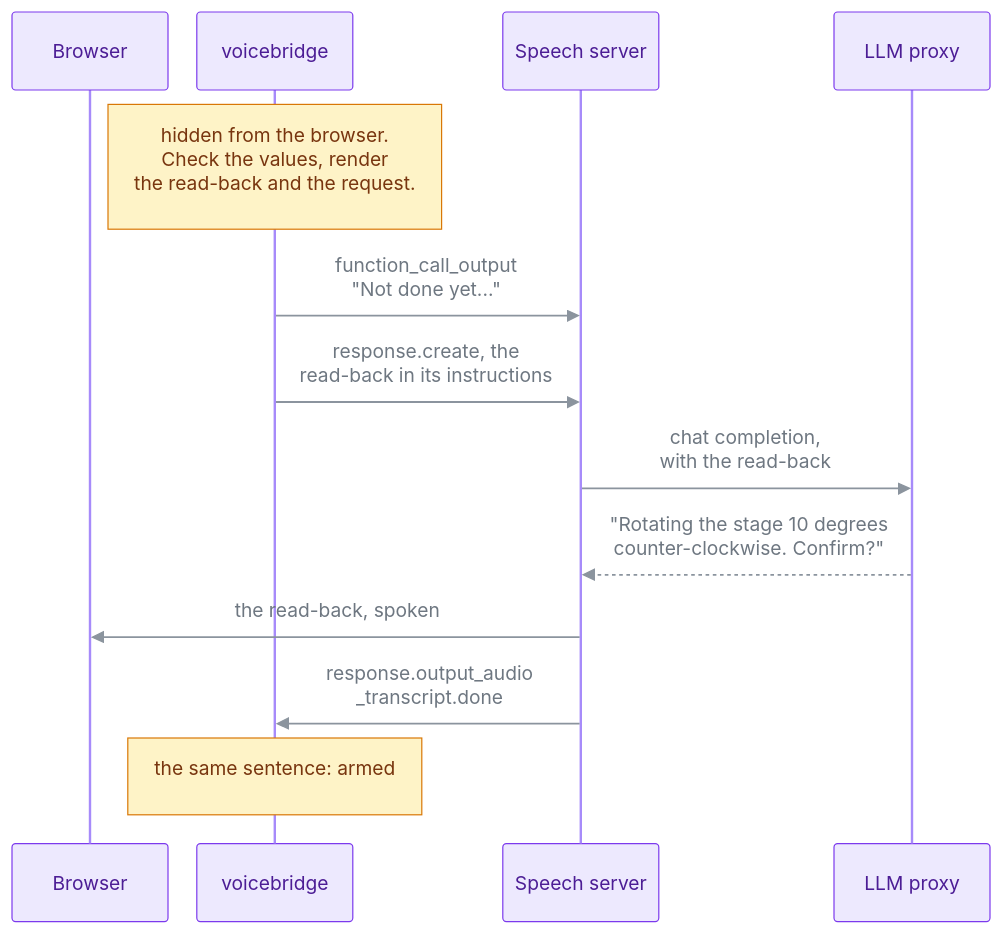
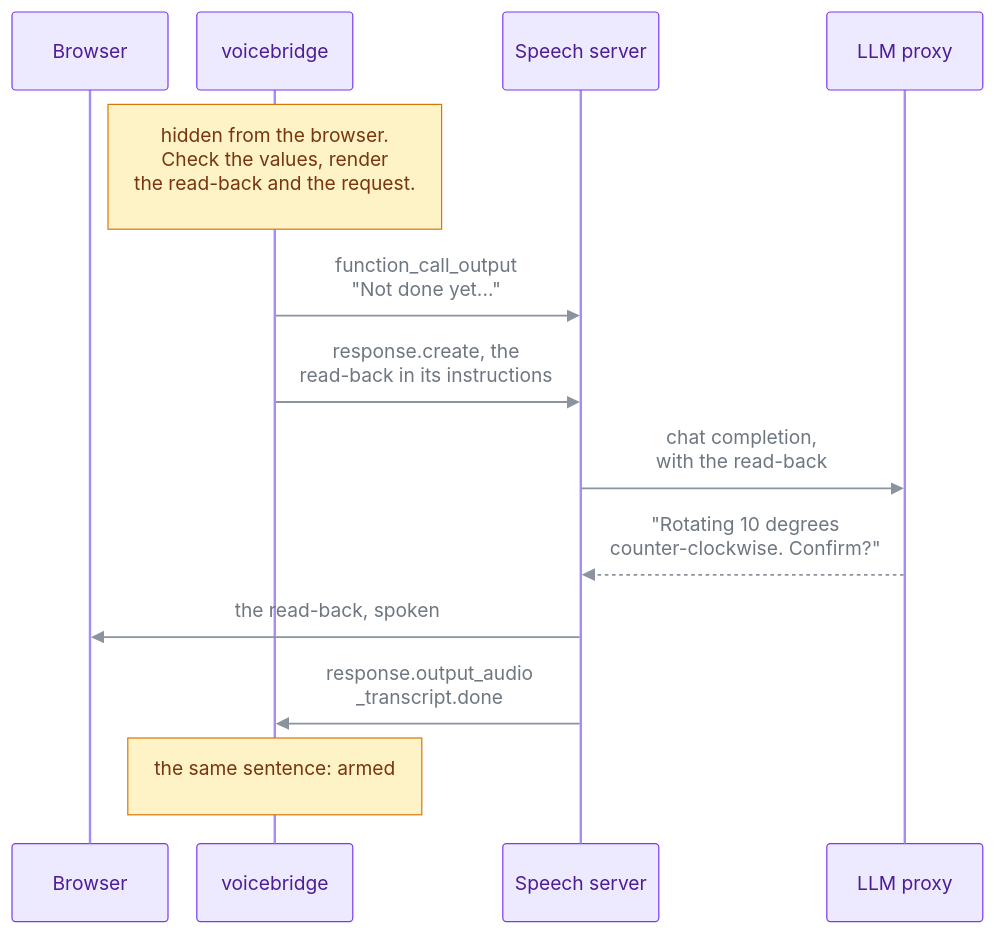
The diagram in docs/diagrams/command-read-back.mmd (kineticsystem/stepit-speech), drawn with Mermaid before and after one commit. The commit also changed 14 other files, not shown here.

```diff
--- a/docs/diagrams/command-read-back.mmd
+++ b/docs/diagrams/command-read-back.mmd
@@ -1,62 +1,62 @@
 ---
 config:
   theme: base
   fontFamily: "Arial, Helvetica, sans-serif"
   sequence:
     actorMargin: 24
     width: 130
     diagramMarginX: 10
     boxMargin: 12
     boxTextMargin: 8
     messageMargin: 40
     noteMargin: 22
     labelBoxWidth: 56
     labelBoxHeight: 28
     messageFontSize: 16
     actorFontSize: 16
     noteFontSize: 15
     wrap: false
   themeVariables:
     textColor: "#8b5cf6"
     actorBkg: "#ede9fe"
     actorBorder: "#7c3aed"
     actorTextColor: "#4c1d95"
     actorLineColor: "#a78bfa"
     signalColor: "#8b949e"
     signalTextColor: "#6e7781"
     labelBoxBkgColor: "#ccfbf1"
     labelBoxBorderColor: "#0d9488"
     labelTextColor: "#134e4a"
     loopTextColor: "#0d9488"
     noteBkgColor: "#fef3c7"
     noteBorderColor: "#d97706"
     noteTextColor: "#78350f"
     activationBkgColor: "#c4b5fd"
     activationBorderColor: "#7c3aed"
     mainBkg: "#ede9fe"
     nodeBorder: "#7c3aed"
     secondaryColor: "#ede9fe"
     secondaryBorderColor: "#7c3aed"
     secondaryTextColor: "#4c1d95"
     tertiaryColor: "#ede9fe"
     tertiaryBorderColor: "#7c3aed"
     tertiaryTextColor: "#4c1d95"
   themeCSS: >
     svg, .label, .nodeLabel, .edgeLabel, foreignObject div { font-family: Arial, Helvetica, sans-serif; }
     .actor { filter: drop-shadow(0 3px 6px rgba(15, 23, 42, 0.18)); }
     rect.actor { rx: 12px; ry: 12px; }
 ---
 sequenceDiagram
     participant Browser
     participant Bridge as voicebridge
     participant Speech as Speech server
     participant Proxy as LLM proxy
 
     Note over Bridge: hidden from the browser.<br/>Check the values, render<br/>the read-back and the request.
     Bridge ->> Speech: function_call_output<br/>"Not done yet..."
     Bridge ->> Speech: response.create, the<br/>read-back in its instructions
     Speech ->> Proxy: chat completion,<br/>with the read-back
-    Proxy -->> Speech: "Rotating the stage 10 degrees<br/>counter-clockwise. Confirm?"
+    Proxy -->> Speech: "Rotating 10 degrees<br/>counter-clockwise. Confirm?"
     Speech ->> Browser: the read-back, spoken
     Speech ->> Bridge: response.output_audio<br/>_transcript.done
     Note over Bridge: the same sentence: armed
```
